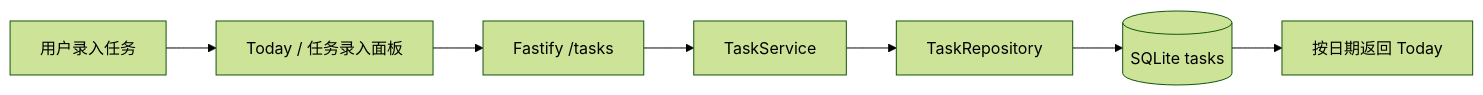
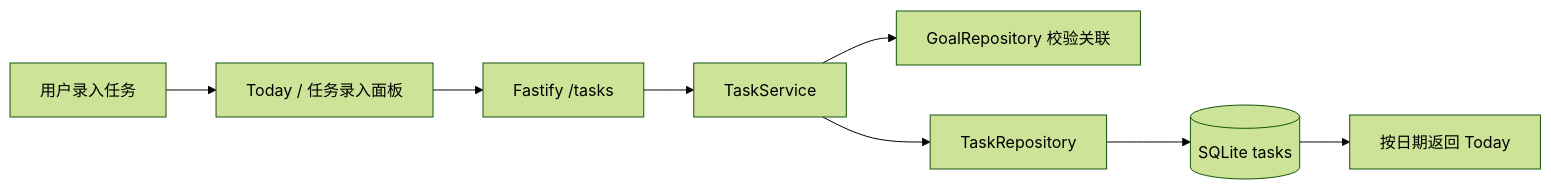
The diagram in apps/api/src/modules/tasks/FEATURE.md (KlayPeter/Mainline), drawn with Mermaid (forest theme) before and after one commit. The commit also changed other lines of this file and 22 other files, not shown here.

````diff
--- a/apps/api/src/modules/tasks/FEATURE.md
+++ b/apps/api/src/modules/tasks/FEATURE.md
@@ -14,9 +14,10 @@
 ```mermaid
 flowchart LR
     User["用户录入任务"] --> Web["Today / 任务录入面板"]
     Web --> Api["Fastify /tasks"]
     Api --> Service["TaskService"]
+    Service --> Goals["GoalRepository 校验关联"]
     Service --> Repository["TaskRepository"]
     Repository --> SQLite[("SQLite tasks")]
     SQLite --> Today["按日期返回 Today"]
 ```
````
